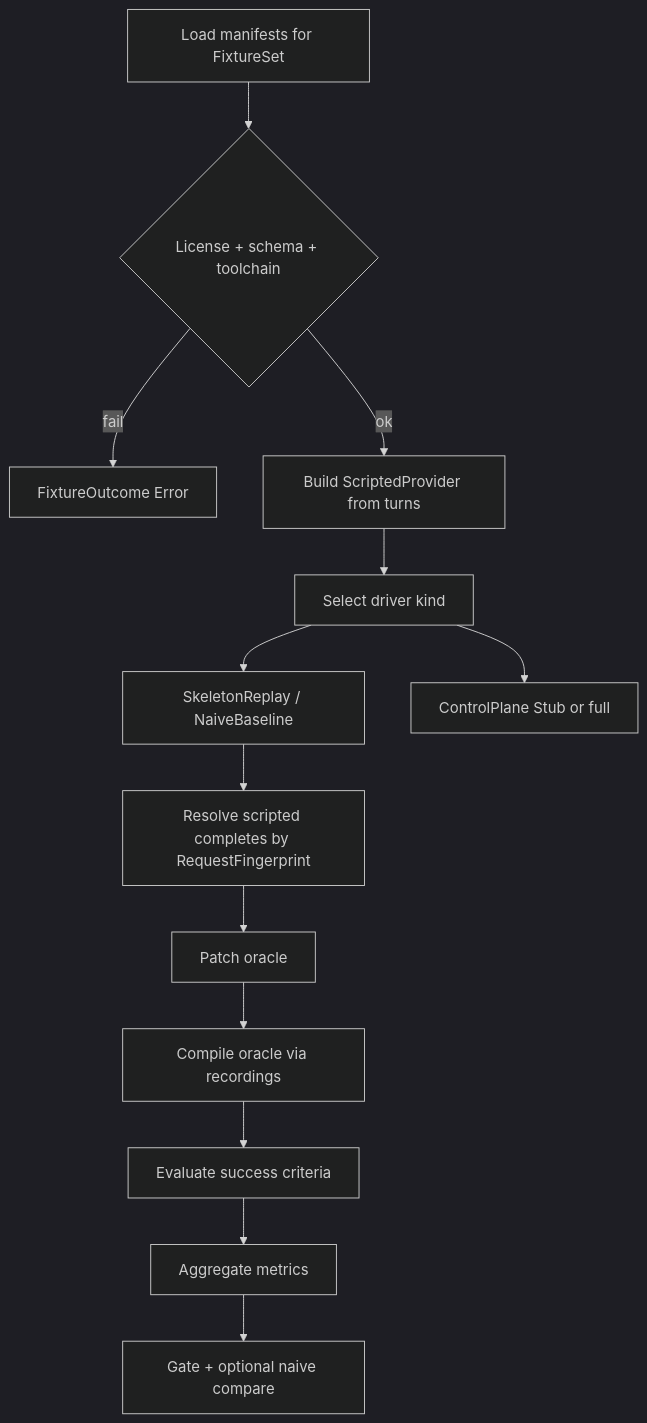
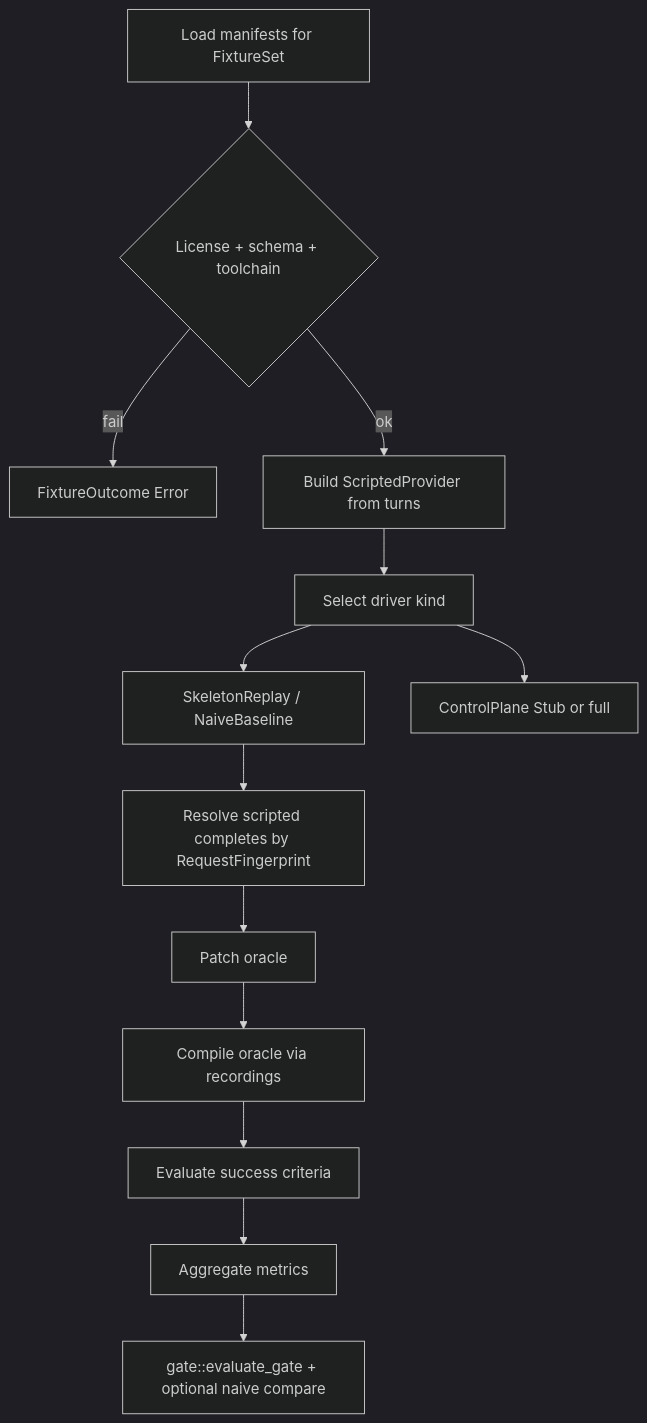
One commit to arkadianet/Alloy changed the first of 2 diagrams in docs/rfcs/RFC-0016-eval-harness-holdout-gates.md. Above: the diagram before and after it, drawn with Mermaid (dark theme). The commit also changed other lines of this file, not shown here.

````diff
--- a/docs/rfcs/RFC-0016-eval-harness-holdout-gates.md
+++ b/docs/rfcs/RFC-0016-eval-harness-holdout-gates.md
@@ -1040,15 +1342,15 @@
 ```mermaid
 flowchart TD
   A[Load manifests for FixtureSet] --> B{License + schema + toolchain}
   B -->|fail| E[FixtureOutcome Error]
   B -->|ok| C[Build ScriptedProvider from turns]
   C --> D[Select driver kind]
   D --> S[SkeletonReplay / NaiveBaseline]
   D --> X[ControlPlane Stub or full]
   S --> R[Resolve scripted completes by RequestFingerprint]
   R --> P[Patch oracle]
   P --> V[Compile oracle via recordings]
   V --> Q[Evaluate success criteria]
   Q --> M[Aggregate metrics]
-  M --> G[Gate + optional naive compare]
+  M --> G[gate::evaluate_gate + optional naive compare]
 ```
````
